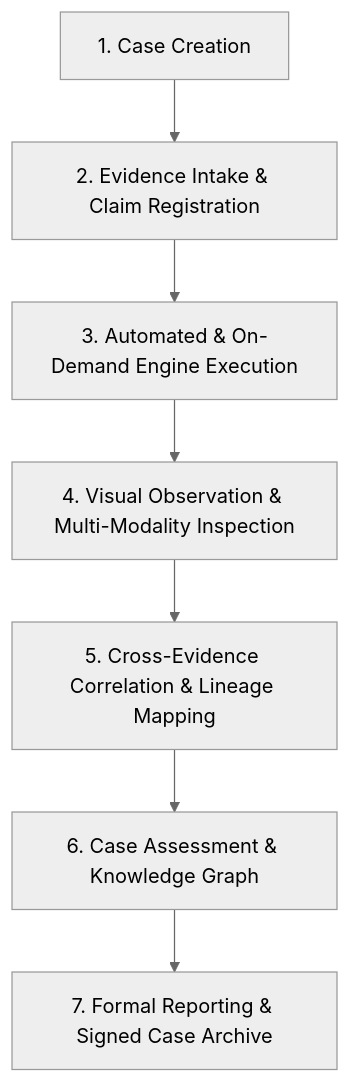
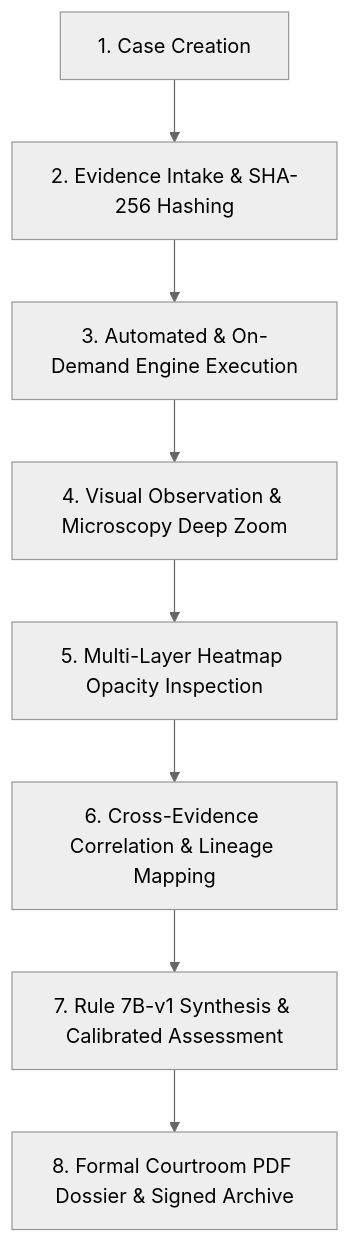
Before and after one commit to kharbashpriyanshu/ForenSight: the first of 2 diagrams in README.md, drawn with Mermaid (neutral theme). The commit also changed other lines of this file and 9 other files, not shown here.

````diff
--- a/README.md
+++ b/README.md
@@ -65,9 +97,10 @@
 ```mermaid
 graph TD
-    A[1. Case Creation] --> B[2. Evidence Intake & Claim Registration]
+    A[1. Case Creation] --> B[2. Evidence Intake & SHA-256 Hashing]
     B --> C[3. Automated & On-Demand Engine Execution]
-    C --> D[4. Visual Observation & Multi-Modality Inspection]
-    D --> E[5. Cross-Evidence Correlation & Lineage Mapping]
-    E --> F[6. Case Assessment & Knowledge Graph]
-    F --> G[7. Formal Reporting & Signed Case Archive]
+    C --> D[4. Visual Observation & Microscopy Deep Zoom]
+    D --> E[5. Multi-Layer Heatmap Opacity Inspection]
+    E --> F[6. Cross-Evidence Correlation & Lineage Mapping]
+    F --> G[7. Rule 7B-v1 Synthesis & Calibrated Assessment]
+    G --> H[8. Formal Courtroom PDF Dossier & Signed Archive]
 ```
````
